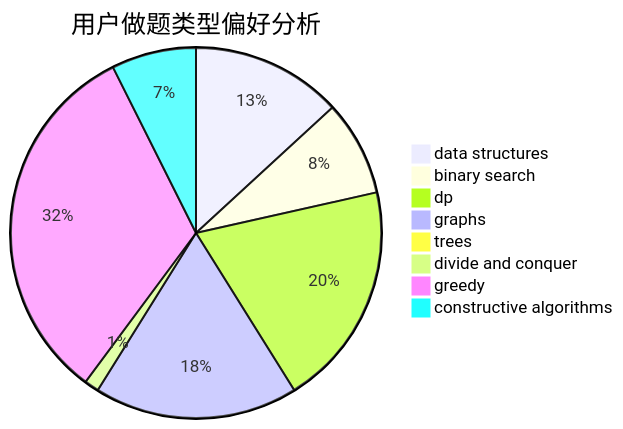
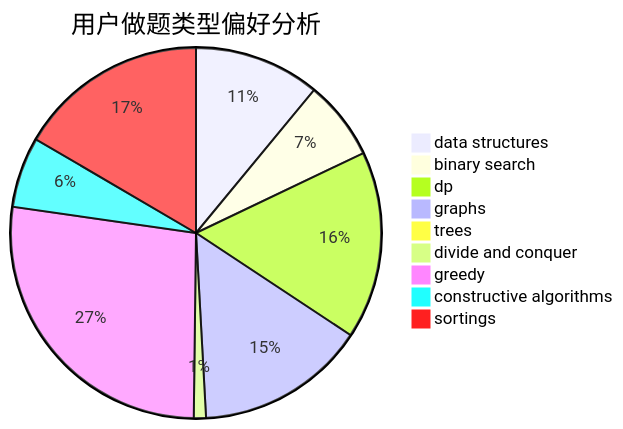
One commit to sherpahu/cfrs.github.io changed the second of 3 diagrams in docs/user/u1198.md. Above: the diagram before and after it, drawn with Mermaid. The commit also changed other lines of this file and 2769 other files, not shown here.

````diff
--- a/docs/user/u1198.md
+++ b/docs/user/u1198.md
@@ -23,11 +18,12 @@
 ```mermaid
 pie title 用户做题类型偏好分析
     "data structures" :  114
     "binary search" :  72
     "dp" :  170
     "graphs" :  154
     "trees" :  4
     "divide and conquer" :  11
     "greedy" :  281
     "constructive algorithms" :  64
+    "sortings" :  172
 ```
````
